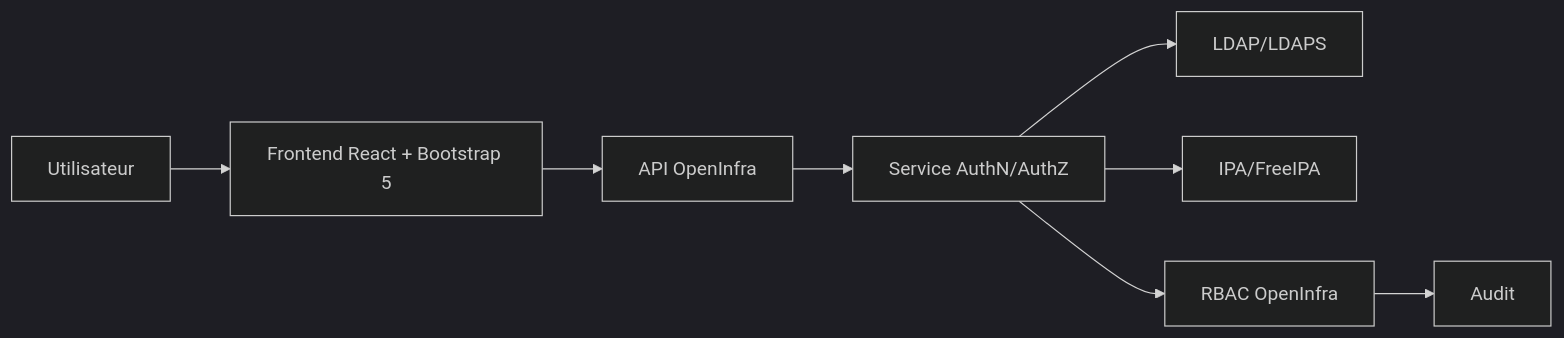
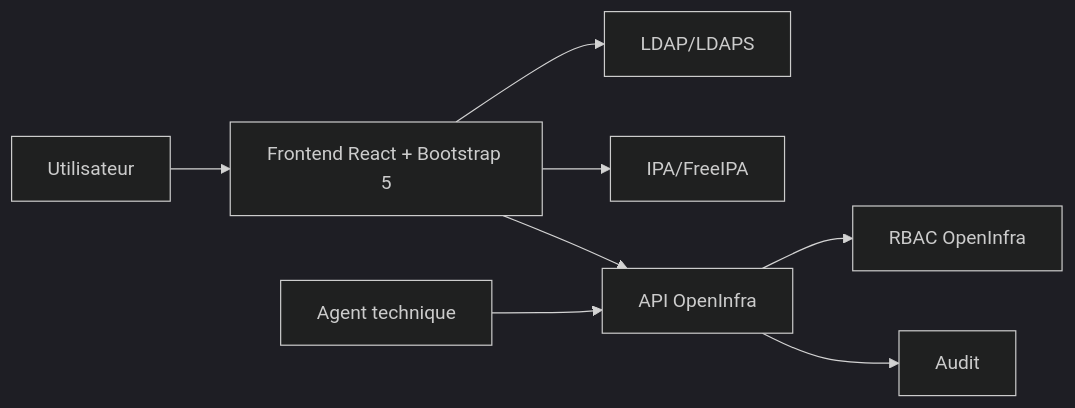
Before and after one commit to irivengroup/openinfra: the diagram in docs/specifications/OpenInfra-CDC-SFG-STG-v4.8.1/03-Technique/13-Authentification-LDAP-IPA-RBAC.md, drawn with Mermaid (dark theme). The commit also changed other lines of this file and 66 other files, not shown here.

Commit message:
Livraison OpenInfra Python POO v0.29.11

````diff
--- a/docs/specifications/OpenInfra-CDC-SFG-STG-v4.8.1/03-Technique/13-Authentification-LDAP-IPA-RBAC.md
+++ b/docs/specifications/OpenInfra-CDC-SFG-STG-v4.8.1/03-Technique/13-Authentification-LDAP-IPA-RBAC.md
@@ -7,10 +9,10 @@
 ```mermaid id="6xwzqu"
 flowchart LR
   U[Utilisateur] --> WEB[Frontend React + Bootstrap 5]
+  WEB --> LDAP[LDAP/LDAPS]
+  WEB --> IPA[IPA/FreeIPA]
   WEB --> API[API OpenInfra]
-  API --> AUTH[Service AuthN/AuthZ]
-  AUTH --> LDAP[LDAP/LDAPS]
-  AUTH --> IPA[IPA/FreeIPA]
-  AUTH --> RBAC[RBAC OpenInfra]
-  RBAC --> AUDIT[Audit]
+  API --> RBAC[RBAC OpenInfra]
+  API --> AUDIT[Audit]
+  AGENT[Agent technique] --> API
 ```
````
